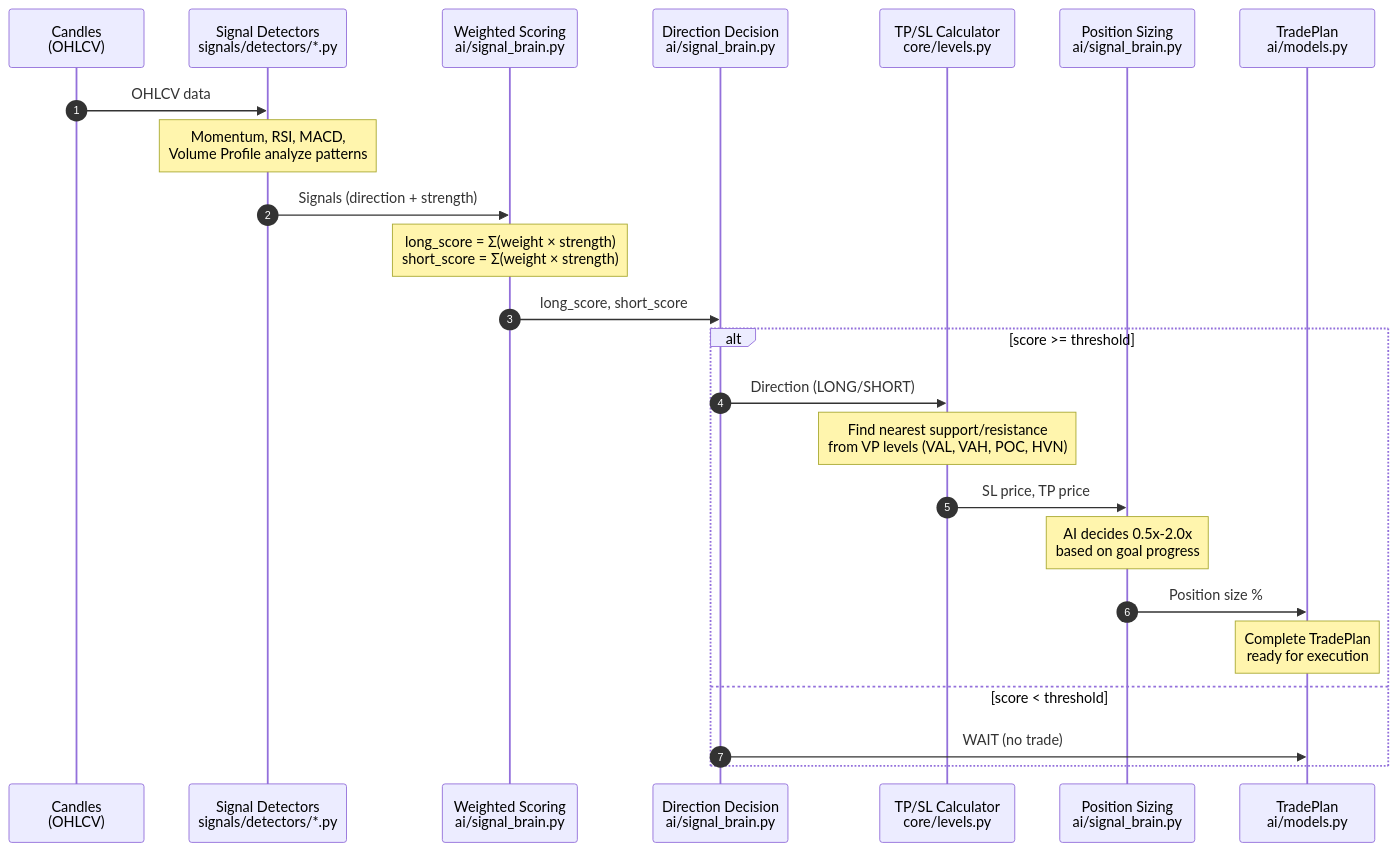
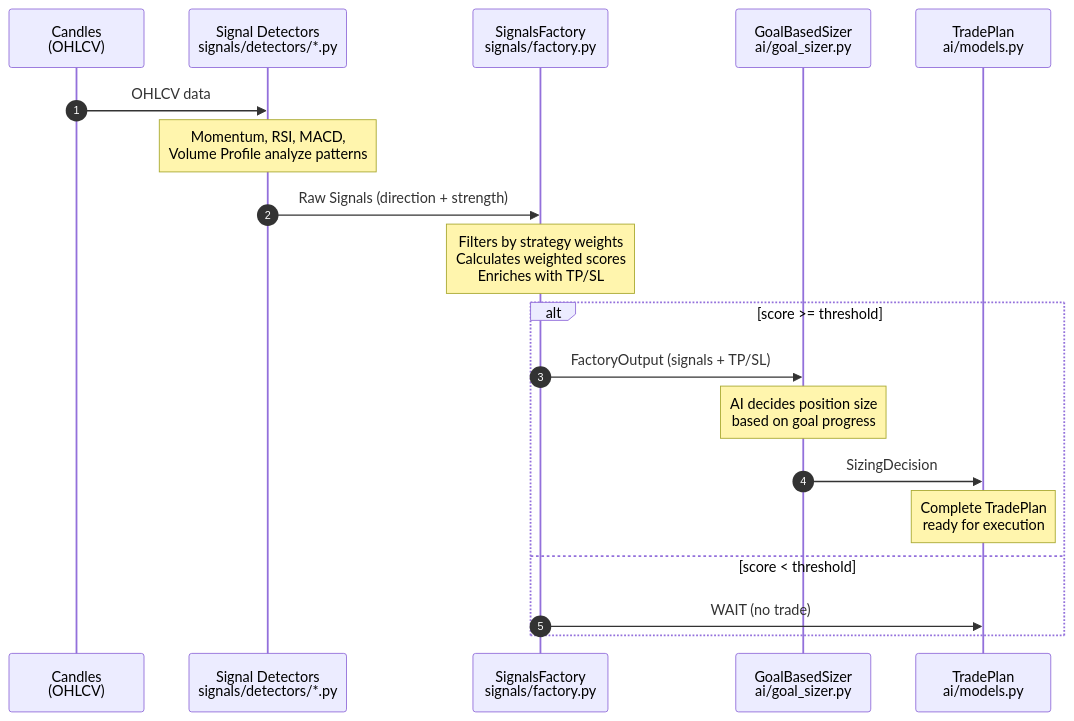
One commit to ofersarid/trading-bot changed the second of 2 diagrams in bot/README.md. Above: the diagram before and after it, drawn with Mermaid. The commit also changed other lines of this file and 49 other files, not shown here.

First line of the commit message:
feat: Add goal-based AI trading with clean signals architecture

````diff
--- a/bot/README.md
+++ b/bot/README.md
@@ -75,31 +75,25 @@
 ```mermaid
 sequenceDiagram
     autonumber
     participant Candles as Candles<br/>(OHLCV)
     participant Detectors as Signal Detectors<br/>signals/detectors/*.py
-    participant Scoring as Weighted Scoring<br/>ai/signal_brain.py
-    participant Decision as Direction Decision<br/>ai/signal_brain.py
-    participant TPSL as TP/SL Calculator<br/>core/levels.py
-    participant Sizing as Position Sizing<br/>ai/signal_brain.py
+    participant Factory as SignalsFactory<br/>signals/factory.py
+    participant Sizer as GoalBasedSizer<br/>ai/goal_sizer.py
     participant Plan as TradePlan<br/>ai/models.py
 
     Candles->>Detectors: OHLCV data
     Note over Detectors: Momentum, RSI, MACD,<br/>Volume Profile analyze patterns
-    Detectors->>Scoring: Signals (direction + strength)
+    Detectors->>Factory: Raw Signals (direction + strength)
 
-    Note over Scoring: long_score = Σ(weight × strength)<br/>short_score = Σ(weight × strength)
-    Scoring->>Decision: long_score, short_score
+    Note over Factory: Filters by strategy weights<br/>Calculates weighted scores<br/>Enriches with TP/SL
 
     alt score >= threshold
-        Decision->>TPSL: Direction (LONG/SHORT)
-        Note over TPSL: Find nearest support/resistance<br/>from VP levels (VAL, VAH, POC, HVN)
-        TPSL->>Sizing: SL price, TP price
+        Factory->>Sizer: FactoryOutput (signals + TP/SL)
+        Note over Sizer: AI decides position size<br/>based on goal progress
 
-        Note over Sizing: AI decides 0.5x-2.0x<br/>based on goal progress
-
-        Sizing->>Plan: Position size %
+        Sizer->>Plan: SizingDecision
         Note over Plan: Complete TradePlan<br/>ready for execution
     else score < threshold
-        Decision->>Plan: WAIT (no trade)
+        Factory->>Plan: WAIT (no trade)
     end
 ```
````
